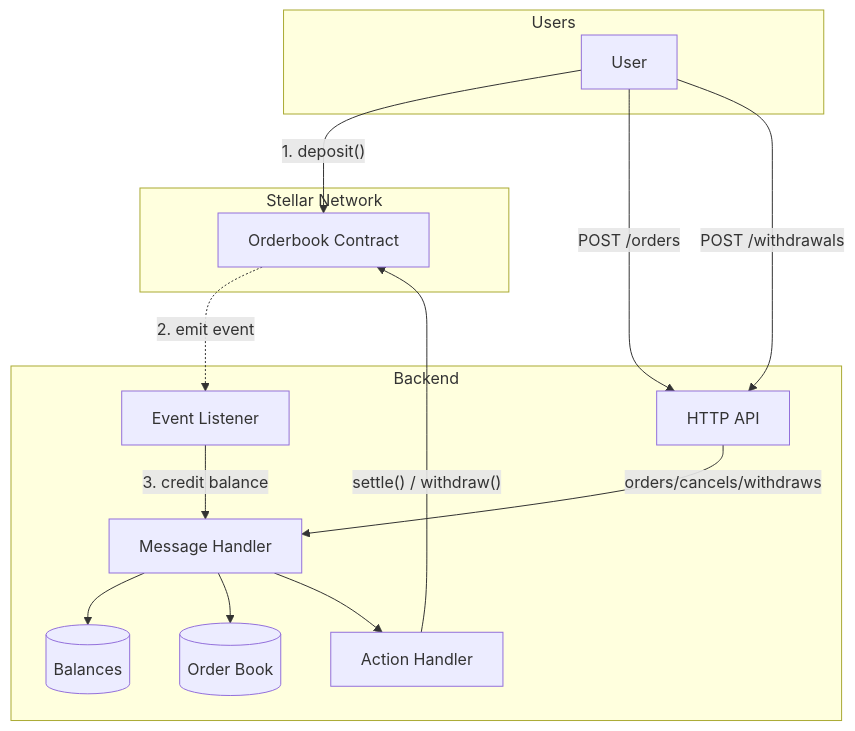
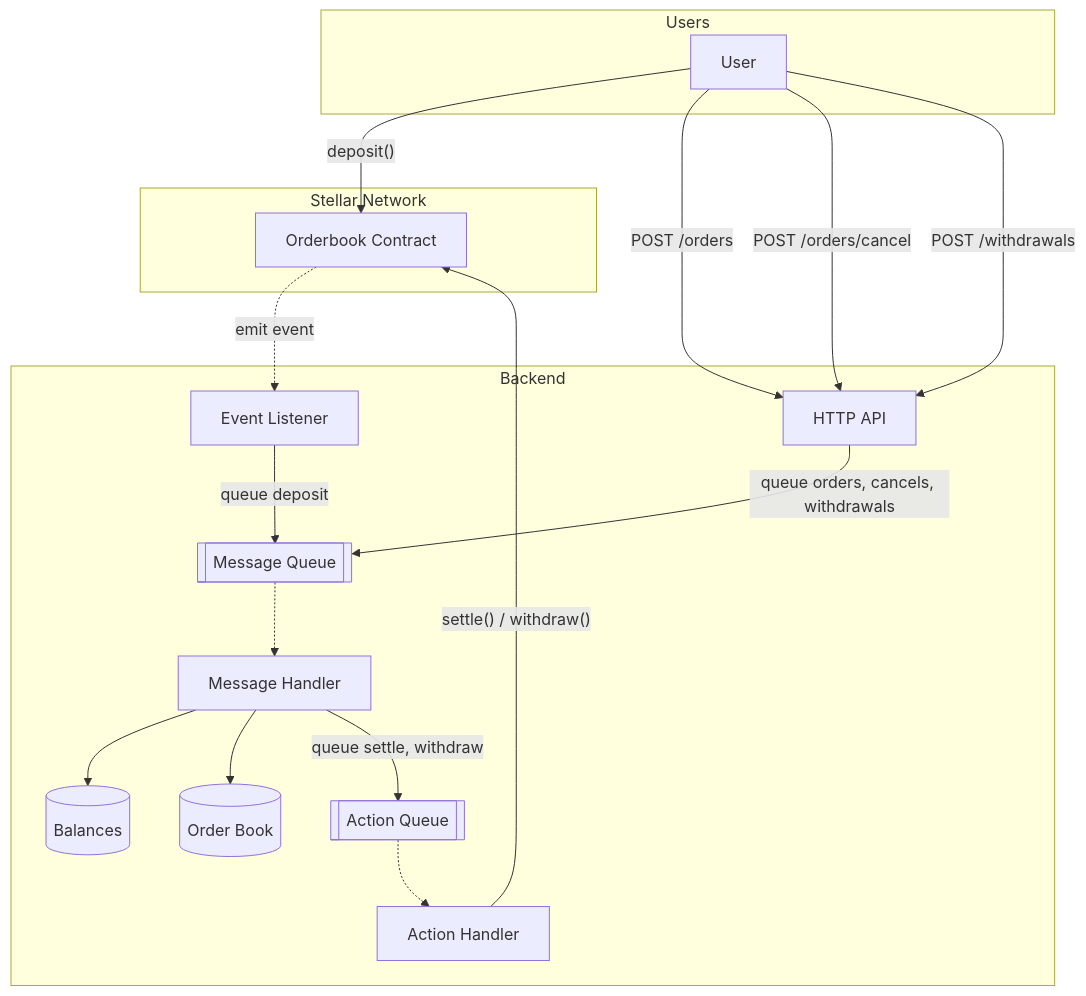
The diagram in README.md (tomerweller/lumendark), drawn with Mermaid before and after one commit.

Commit message:
Update architecture diagram with queues
Add Message Queue and Action Queue to the mermaid diagram,
showing the async flow between components.

🤖 Generated with [Claude Code](https://claude.com/claude-code)

````diff
--- a/README.md
+++ b/README.md
@@ -17,37 +17,42 @@
 ```mermaid
 flowchart TB
     subgraph Users
         U1[User]
     end
 
     subgraph Stellar["Stellar Network"]
         Contract[Orderbook Contract]
     end
 
     subgraph Backend
         API[HTTP API]
+        MsgQueue[[Message Queue]]
         Handler[Message Handler]
         Balances[(Balances)]
         OrderBook[(Order Book)]
+        ActQueue[[Action Queue]]
         Actions[Action Handler]
         Events[Event Listener]
     end
 
     %% Deposit flow
-    U1 -->|"1. deposit()"| Contract
-    Contract -.->|"2. emit event"| Events
-    Events -->|"3. credit balance"| Handler
+    U1 -->|"deposit()"| Contract
+    Contract -.->|"emit event"| Events
+    Events -->|"queue deposit"| MsgQueue
 
     %% Order flow
     U1 -->|"POST /orders"| API
-    API --> |"orders/cancels/withdraws"| Handler
+    U1 -->|"POST /orders/cancel"| API
+    API -->|"queue orders, cancels, withdrawals"| MsgQueue
+    MsgQueue -.-> Handler
     Handler --> Balances
     Handler --> OrderBook
-    Handler --> Actions
+    Handler -->|"queue settle, withdraw"| ActQueue
+    ActQueue -.-> Actions
 
     %% Settlement flow
     Actions -->|"settle() / withdraw()"| Contract
 
     %% Withdrawal flow
     U1 -->|"POST /withdrawals"| API
 ```
````
